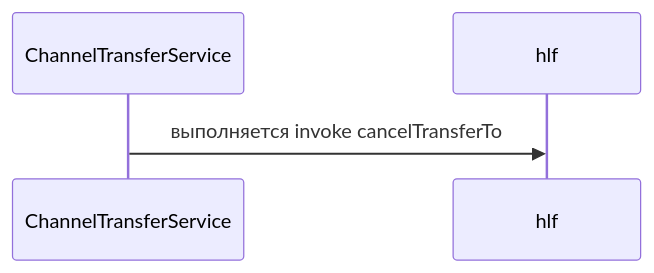
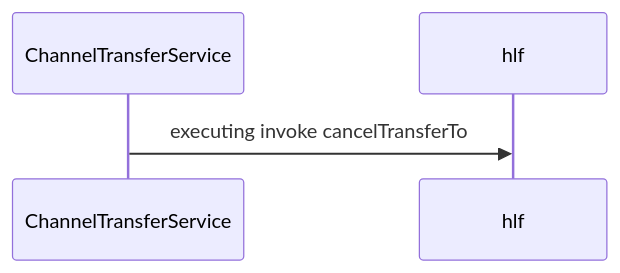
Before and after one commit to anoideaopen/channel-transfer: the tenth of 11 diagrams in doc/channelTransferService.md, drawn with Mermaid. The commit also changed other lines of this file and 71 other files, not shown here.

````diff
--- a/doc/channelTransferService.md
+++ b/doc/channelTransferService.md
@@ -102,5 +106,5 @@
 ```mermaid
 sequenceDiagram
-    ChannelTransferService ->> hlf: выполняется invoke cancelTransferTo
+    ChannelTransferService ->> hlf: executing invoke cancelTransferTo
     
 ```
````
